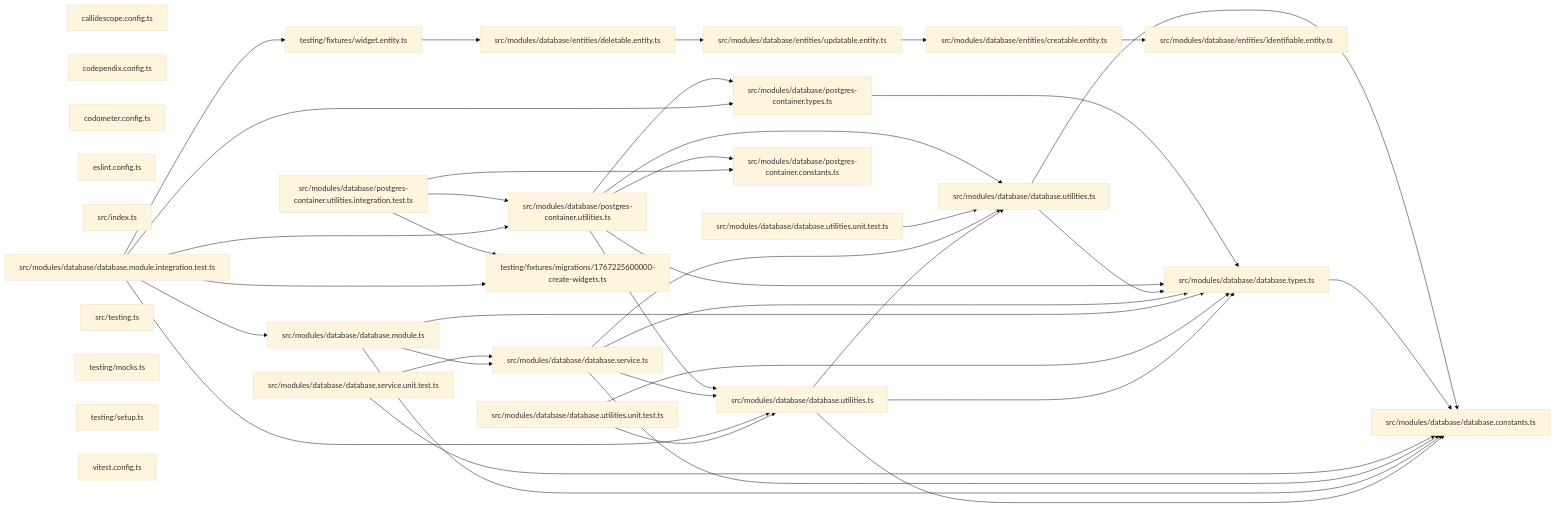
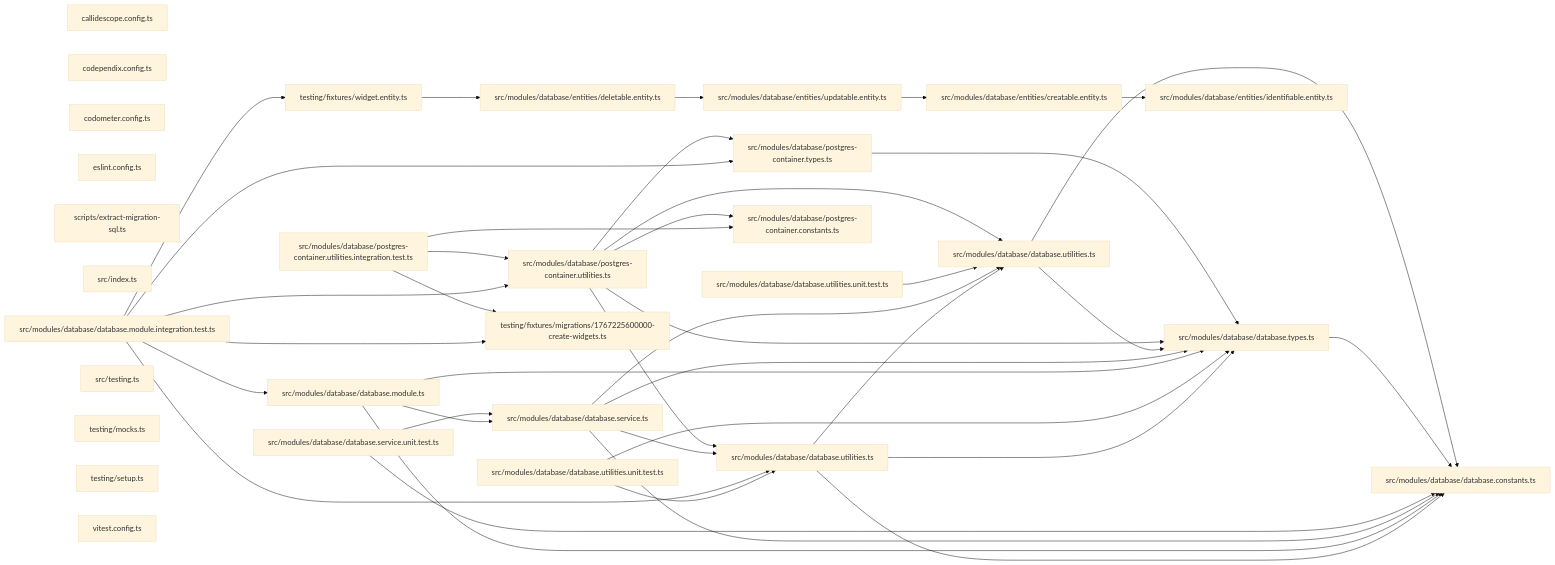
The second of 2 diagrams in packages/database/README.md (Organizzolini/codebase), drawn with Mermaid (base theme) before and after one commit. The commit also changed other lines of this file and 8 other files, not shown here.

Commit message:
feat(database): ✨ share the migration target defaults and sql extraction script

````diff
--- a/packages/database/README.md
+++ b/packages/database/README.md
@@ -220,69 +272,70 @@
 ```mermaid
 graph LR
   file_callidescope_config_ts["callidescope.config.ts"]
   file_codependix_config_ts["codependix.config.ts"]
   file_codometer_config_ts["codometer.config.ts"]
   file_eslint_config_ts["eslint.config.ts"]
+  file_scripts_extract_migration_sql_ts["scripts/extract-migration-sql.ts"]
   file_src_index_ts["src/index.ts"]
   file_src_modules_database_database_constants_ts["src/modules/database/database.constants.ts"]
   file_src_modules_database_database_factories_ts["src/modules/database/database.utilities.ts"]
   file_src_modules_database_database_factories_unit_test_ts["src/modules/database/database.utilities.unit.test.ts"]
   file_src_modules_database_database_module_integration_test_ts["src/modules/database/database.module.integration.test.ts"]
   file_src_modules_database_database_module_ts["src/modules/database/database.module.ts"]
   file_src_modules_database_database_service_ts["src/modules/database/database.service.ts"]
   file_src_modules_database_database_service_unit_test_ts["src/modules/database/database.service.unit.test.ts"]
   file_src_modules_database_database_types_ts["src/modules/database/database.types.ts"]
   file_src_modules_database_database_utilities_ts["src/modules/database/database.utilities.ts"]
   file_src_modules_database_database_utilities_unit_test_ts["src/modules/database/database.utilities.unit.test.ts"]
   file_src_modules_database_entities_Creatable_entity_ts["src/modules/database/entities/creatable.entity.ts"]
   file_src_modules_database_entities_Deletable_entity_ts["src/modules/database/entities/deletable.entity.ts"]
   file_src_modules_database_entities_Identifiable_entity_ts["src/modules/database/entities/identifiable.entity.ts"]
   file_src_modules_database_entities_Updatable_entity_ts["src/modules/database/entities/updatable.entity.ts"]
   file_src_modules_database_postgres_container_constants_ts["src/modules/database/postgres-container.constants.ts"]
   file_src_modules_database_postgres_container_factories_integration_test_ts["src/modules/database/postgres-container.utilities.integration.test.ts"]
   file_src_modules_database_postgres_container_factories_ts["src/modules/database/postgres-container.utilities.ts"]
   file_src_modules_database_postgres_container_types_ts["src/modules/database/postgres-container.types.ts"]
   file_src_testing_ts["src/testing.ts"]
   file_testing_fixtures_migrations_1767225600000_create_widgets_ts["testing/fixtures/migrations/1767225600000-create-widgets.ts"]
   file_testing_fixtures_Widget_entity_ts["testing/fixtures/widget.entity.ts"]
   file_testing_mocks_ts["testing/mocks.ts"]
   file_testing_setup_ts["testing/setup.ts"]
   file_vitest_config_ts["vitest.config.ts"]
   file_src_modules_database_database_factories_ts --> file_src_modules_database_database_constants_ts
   file_src_modules_database_database_factories_ts --> file_src_modules_database_database_types_ts
   file_src_modules_database_database_factories_ts --> file_src_modules_database_database_utilities_ts
   file_src_modules_database_database_factories_unit_test_ts --> file_src_modules_database_database_factories_ts
   file_src_modules_database_database_factories_unit_test_ts --> file_src_modules_database_database_types_ts
   file_src_modules_database_database_module_integration_test_ts --> file_src_modules_database_database_factories_ts
   file_src_modules_database_database_module_integration_test_ts --> file_src_modules_database_database_module_ts
   file_src_modules_database_database_module_integration_test_ts --> file_src_modules_database_postgres_container_factories_ts
   file_src_modules_database_database_module_integration_test_ts --> file_src_modules_database_postgres_container_types_ts
   file_src_modules_database_database_module_integration_test_ts --> file_testing_fixtures_migrations_1767225600000_create_widgets_ts
   file_src_modules_database_database_module_integration_test_ts --> file_testing_fixtures_Widget_entity_ts
   file_src_modules_database_database_module_ts --> file_src_modules_database_database_constants_ts
   file_src_modules_database_database_module_ts --> file_src_modules_database_database_service_ts
   file_src_modules_database_database_module_ts --> file_src_modules_database_database_types_ts
   file_src_modules_database_database_service_ts --> file_src_modules_database_database_constants_ts
   file_src_modules_database_database_service_ts --> file_src_modules_database_database_factories_ts
   file_src_modules_database_database_service_ts --> file_src_modules_database_database_types_ts
   file_src_modules_database_database_service_ts --> file_src_modules_database_database_utilities_ts
   file_src_modules_database_database_service_unit_test_ts --> file_src_modules_database_database_constants_ts
   file_src_modules_database_database_service_unit_test_ts --> file_src_modules_database_database_service_ts
   file_src_modules_database_database_types_ts --> file_src_modules_database_database_constants_ts
   file_src_modules_database_database_utilities_ts --> file_src_modules_database_database_constants_ts
   file_src_modules_database_database_utilities_ts --> file_src_modules_database_database_types_ts
   file_src_modules_database_database_utilities_unit_test_ts --> file_src_modules_database_database_utilities_ts
   file_src_modules_database_entities_Creatable_entity_ts --> file_src_modules_database_entities_Identifiable_entity_ts
   file_src_modules_database_entities_Deletable_entity_ts --> file_src_modules_database_entities_Updatable_entity_ts
   file_src_modules_database_entities_Updatable_entity_ts --> file_src_modules_database_entities_Creatable_entity_ts
   file_src_modules_database_postgres_container_factories_integration_test_ts --> file_src_modules_database_postgres_container_constants_ts
   file_src_modules_database_postgres_container_factories_integration_test_ts --> file_src_modules_database_postgres_container_factories_ts
   file_src_modules_database_postgres_container_factories_integration_test_ts --> file_testing_fixtures_migrations_1767225600000_create_widgets_ts
   file_src_modules_database_postgres_container_factories_ts --> file_src_modules_database_database_factories_ts
   file_src_modules_database_postgres_container_factories_ts --> file_src_modules_database_database_types_ts
   file_src_modules_database_postgres_container_factories_ts --> file_src_modules_database_database_utilities_ts
   file_src_modules_database_postgres_container_factories_ts --> file_src_modules_database_postgres_container_constants_ts
   file_src_modules_database_postgres_container_factories_ts --> file_src_modules_database_postgres_container_types_ts
   file_src_modules_database_postgres_container_types_ts --> file_src_modules_database_database_types_ts
   file_testing_fixtures_Widget_entity_ts --> file_src_modules_database_entities_Deletable_entity_ts
 ```
````
